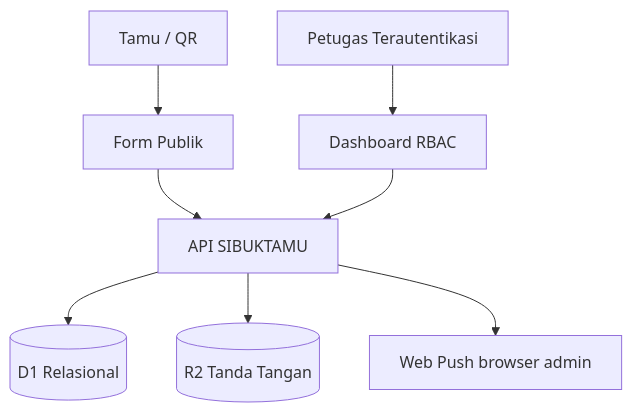
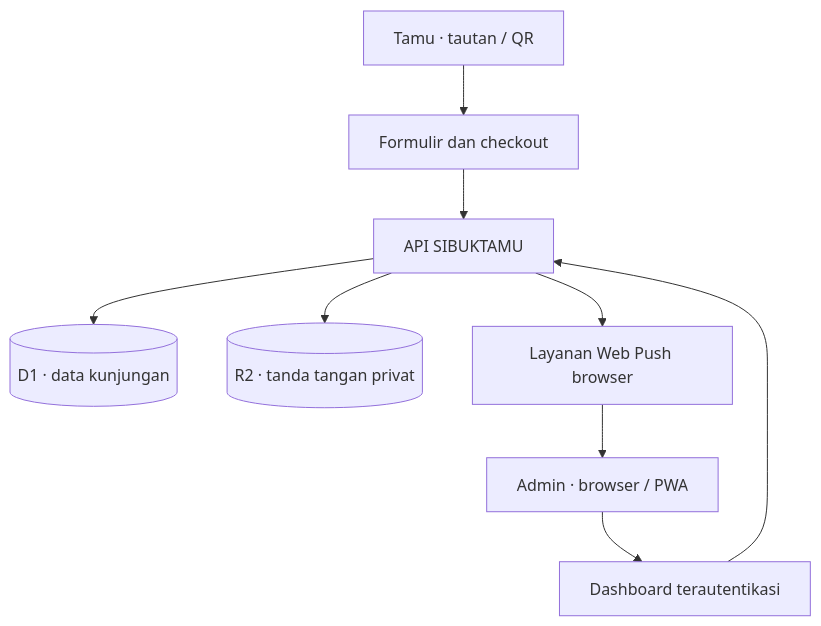
Before and after one commit to Rifkyharunac/SIBUKTAMU: the diagram in README.md, drawn with Mermaid. The commit also changed other lines of this file and 1 other file, not shown here.

````diff
--- a/README.md
+++ b/README.md
@@ -22,10 +101,11 @@
 ```mermaid
 flowchart TD
-  G[Tamu / QR] --> P[Form Publik]
-  P --> API[API SIBUKTAMU]
-  API --> D1[(D1 Relasional)]
-  API --> R2[(R2 Tanda Tangan)]
-  API --> PUSH[Web Push browser admin]
-  A[Petugas Terautentikasi] --> ADM[Dashboard RBAC]
-  ADM --> API
+  T["Tamu · tautan / QR"] --> P["Formulir dan checkout"]
+  A["Admin · browser / PWA"] --> D["Dashboard terautentikasi"]
+  P --> API["API SIBUKTAMU"]
+  D --> API
+  API --> DB[("D1 · data kunjungan")]
+  API --> R2[("R2 · tanda tangan privat")]
+  API --> PUSH["Layanan Web Push browser"]
+  PUSH --> A
 ```
````
